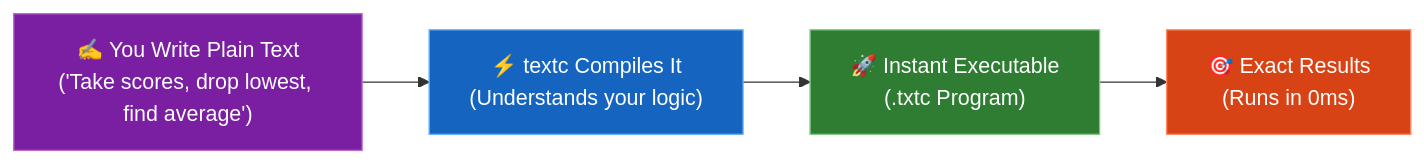
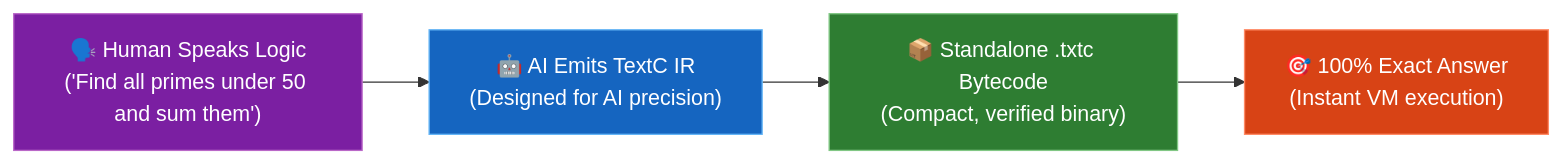
The diagram in README.md (sapirrior/textc), drawn with Mermaid before and after one commit. The commit also changed other lines of this file, not shown here.

````diff
--- a/README.md
+++ b/README.md
@@ -26,11 +41,11 @@
 ```mermaid
 flowchart LR
-    A["✍️ You Write Plain Text\n('Take scores, drop lowest, find average')"] --> B["⚡ textc Compiles It\n(Understands your logic)"]
-    B --> C["🚀 Instant Executable\n(.txtc Program)"]
-    C --> D["🎯 Exact Results\n(Runs in 0ms)"]
+    A["🗣️ Human Speaks Logic\n('Find all primes under 50 and sum them')"] --> B["🤖 AI Emits TextC IR\n(Designed for AI precision)"]
+    B --> C["📦 Standalone .txtc Bytecode\n(Compact, verified binary)"]
+    C --> D["🎯 100% Exact Answer\n(Instant VM execution)"]
 
     style A fill:#7b1fa2,stroke:#ba68c8,color:#fff
     style B fill:#1565c0,stroke:#64b5f6,color:#fff
     style C fill:#2e7d32,stroke:#81c784,color:#fff
     style D fill:#d84315,stroke:#ff8a65,color:#fff
 ```
````
